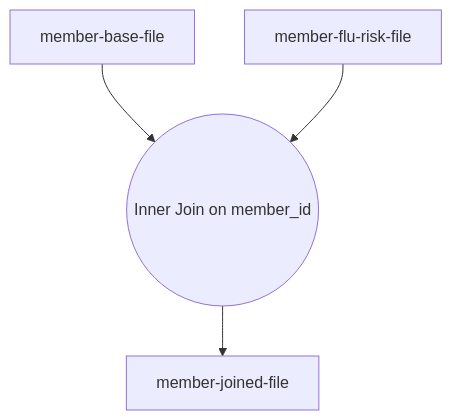
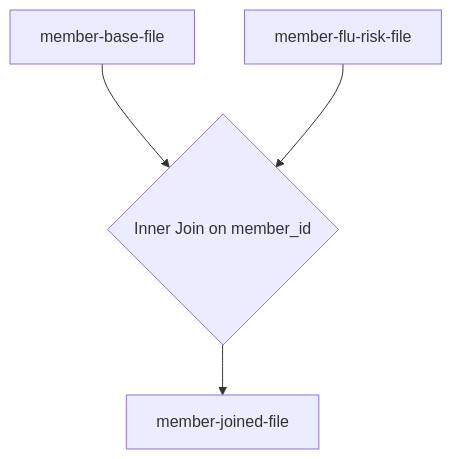
One commit to CognitiveScale/cortex-fabric-examples changed the diagram in profiles-sdk-examples/join-connections/README.md. Above: the diagram before and after it, drawn with Mermaid. The commit also changed other lines of this file and 5 other files, not shown here.

````diff
--- a/profiles-sdk-examples/join-connections/README.md
+++ b/profiles-sdk-examples/join-connections/README.md
@@ -21,6 +25,6 @@
 ```mermaid
 flowchart TB
-  member-base-file --> id(("Inner Join on member_id"))
-  member-flu-risk-file --> id(("Inner Join on member_id"))
-  id(("Inner Join on member_id")) --> member-joined-file
+  member-base-file --> id1{"Inner Join on member_id"}
+  member-flu-risk-file --> id1{"Inner Join on member_id"}
+  id1{"Inner Join on member_id"} --> member-joined-file
 ```
````
